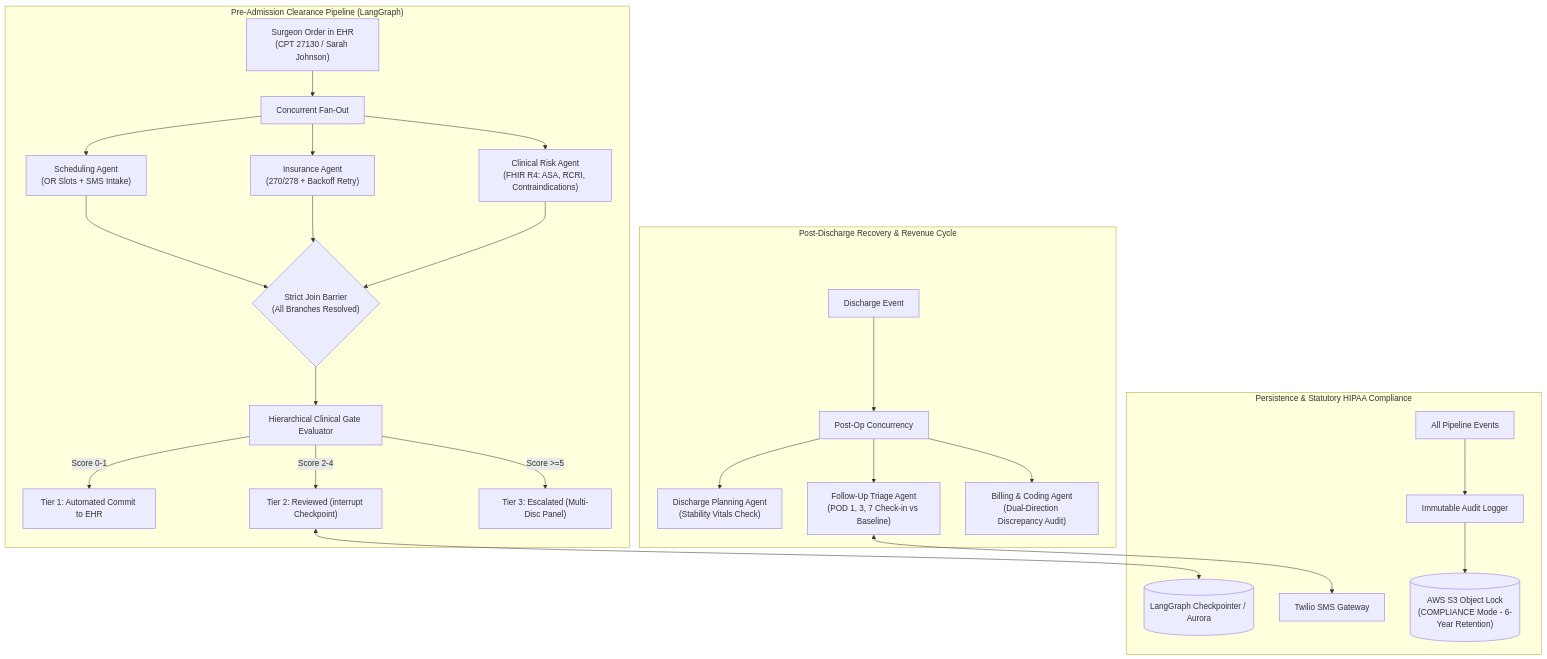
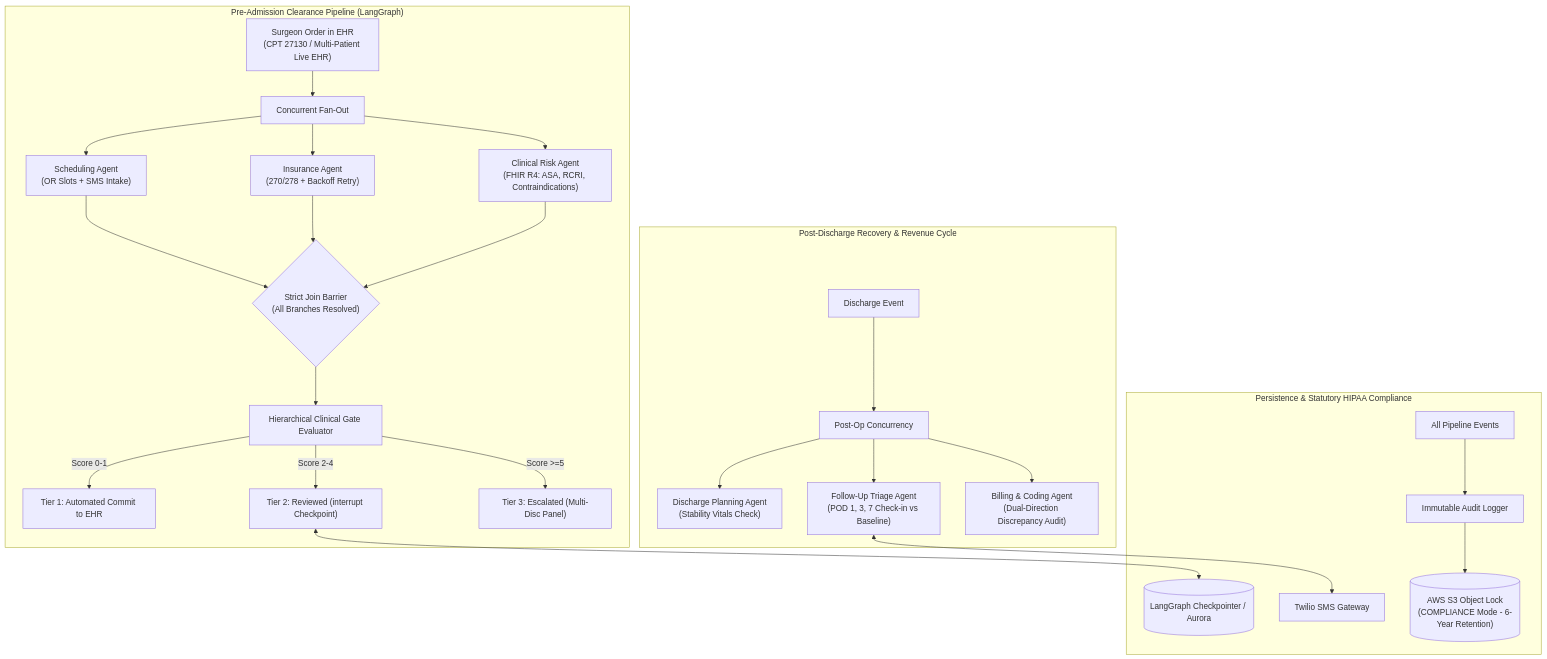
The diagram in README.md (jaisinganmol/healthflow), drawn with Mermaid before and after one commit. The commit also changed other lines of this file and 6 other files, not shown here.

````diff
--- a/README.md
+++ b/README.md
@@ -9,32 +9,32 @@
 ```mermaid
 flowchart TD
     subgraph PreOp["Pre-Admission Clearance Pipeline (LangGraph)"]
-        AdmitOrder["Surgeon Order in EHR<br/>(CPT 27130 / Sarah Johnson)"] --> FanOut["Concurrent Fan-Out"]
+        AdmitOrder["Surgeon Order in EHR<br/>(CPT 27130 / Multi-Patient Live EHR)"] --> FanOut["Concurrent Fan-Out"]
         FanOut --> Sched["Scheduling Agent<br/>(OR Slots + SMS Intake)"]
         FanOut --> Ins["Insurance Agent<br/>(270/278 + Backoff Retry)"]
         FanOut --> Risk["Clinical Risk Agent<br/>(FHIR R4: ASA, RCRI, Contraindications)"]
         
         Sched --> JoinBarrier{"Strict Join Barrier<br/>(All Branches Resolved)"}
         Ins --> JoinBarrier
         Risk --> JoinBarrier
         
         JoinBarrier --> ClinicalGate["Hierarchical Clinical Gate Evaluator"]
         ClinicalGate -->|Score 0-1| AutoClear["Tier 1: Automated Commit to EHR"]
         ClinicalGate -->|Score 2-4| HITLPause["Tier 2: Reviewed (interrupt Checkpoint)"]
         ClinicalGate -->|Score >=5| EscalateHalt["Tier 3: Escalated (Multi-Disc Panel)"]
     end
 
     subgraph PostOp["Post-Discharge Recovery & Revenue Cycle"]
         DischargeEvent["Discharge Event"] --> PostFanOut["Post-Op Concurrency"]
         PostFanOut --> DP["Discharge Planning Agent<br/>(Stability Vitals Check)"]
         PostFanOut --> FT["Follow-Up Triage Agent<br/>(POD 1, 3, 7 Check-in vs Baseline)"]
         PostFanOut --> BC["Billing & Coding Agent<br/>(Dual-Direction Discrepancy Audit)"]
     end
 
     subgraph StorageCompliance["Persistence & Statutory HIPAA Compliance"]
         HITLPause <--> Checkpointer[("LangGraph Checkpointer / Aurora")]
         FT <--> TwilioGateway["Twilio SMS Gateway"]
         AllAgents["All Pipeline Events"] --> AuditLogger["Immutable Audit Logger"]
         AuditLogger --> S3WORM[("AWS S3 Object Lock<br/>(COMPLIANCE Mode - 6-Year Retention)")]
     end
 ```
````
